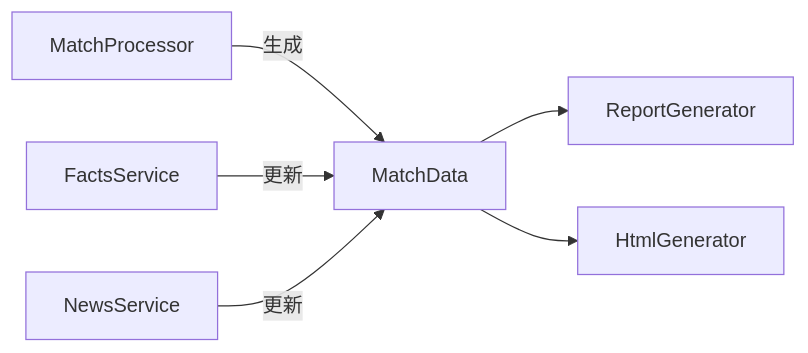
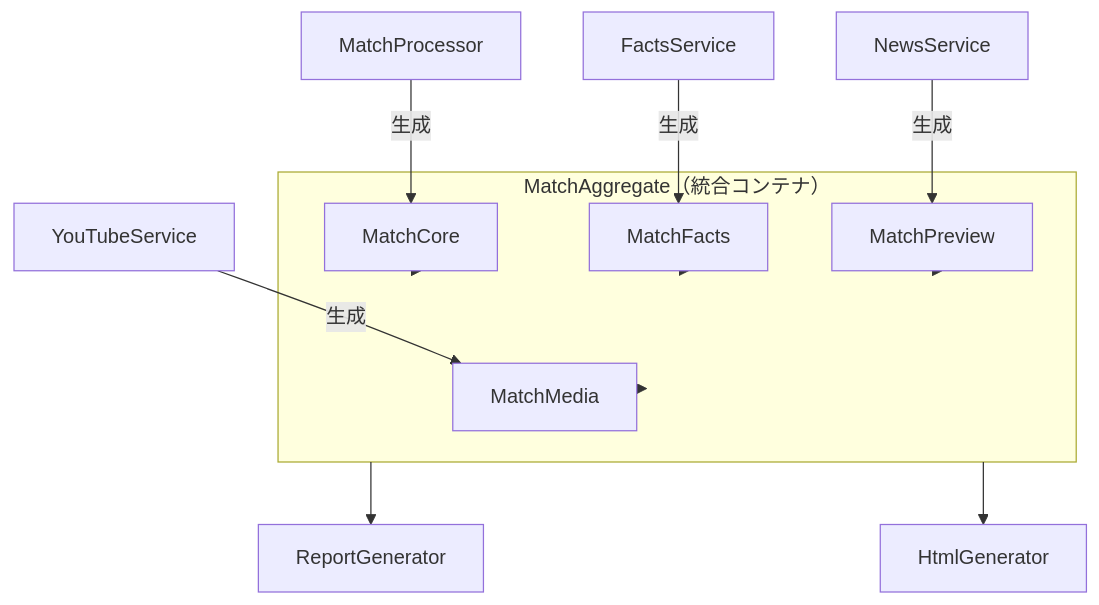
Before and after one commit to igrekplus/football-delay-watching: the diagram in docs/02_design/domain_models.md, drawn with Mermaid. The commit also changed other lines of this file and 12 other files, not shown here.

````diff
--- a/docs/02_design/domain_models.md
+++ b/docs/02_design/domain_models.md
@@ -11,8 +11,22 @@
 ```mermaid
-flowchart LR
-    MP[MatchProcessor] -->|生成| MD[MatchData]
-    FS[FactsService] -->|更新| MD
-    NS[NewsService] -->|更新| MD
-    MD --> RG[ReportGenerator]
-    MD --> HG[HtmlGenerator]
+flowchart TB
+    subgraph Aggregate["MatchAggregate（統合コンテナ）"]
+        MC[MatchCore]
+        MF[MatchFacts]
+        MP[MatchPreview]
+        MM[MatchMedia]
+    end
+    
+    MatchProcessor -->|生成| MC
+    FactsService -->|生成| MF
+    NewsService -->|生成| MP
+    YouTubeService -->|生成| MM
+    
+    MC --> Aggregate
+    MF --> Aggregate
+    MP --> Aggregate
+    MM --> Aggregate
+    
+    Aggregate --> ReportGenerator
+    Aggregate --> HtmlGenerator
 ```
````
